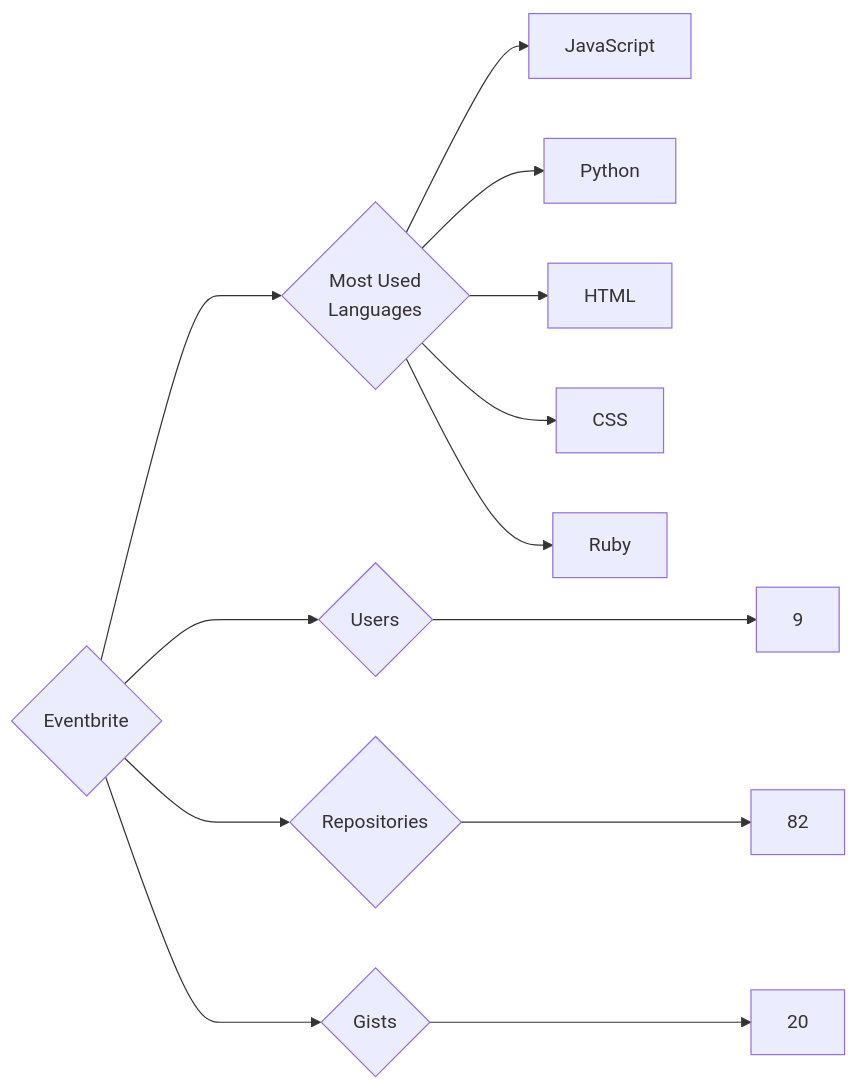
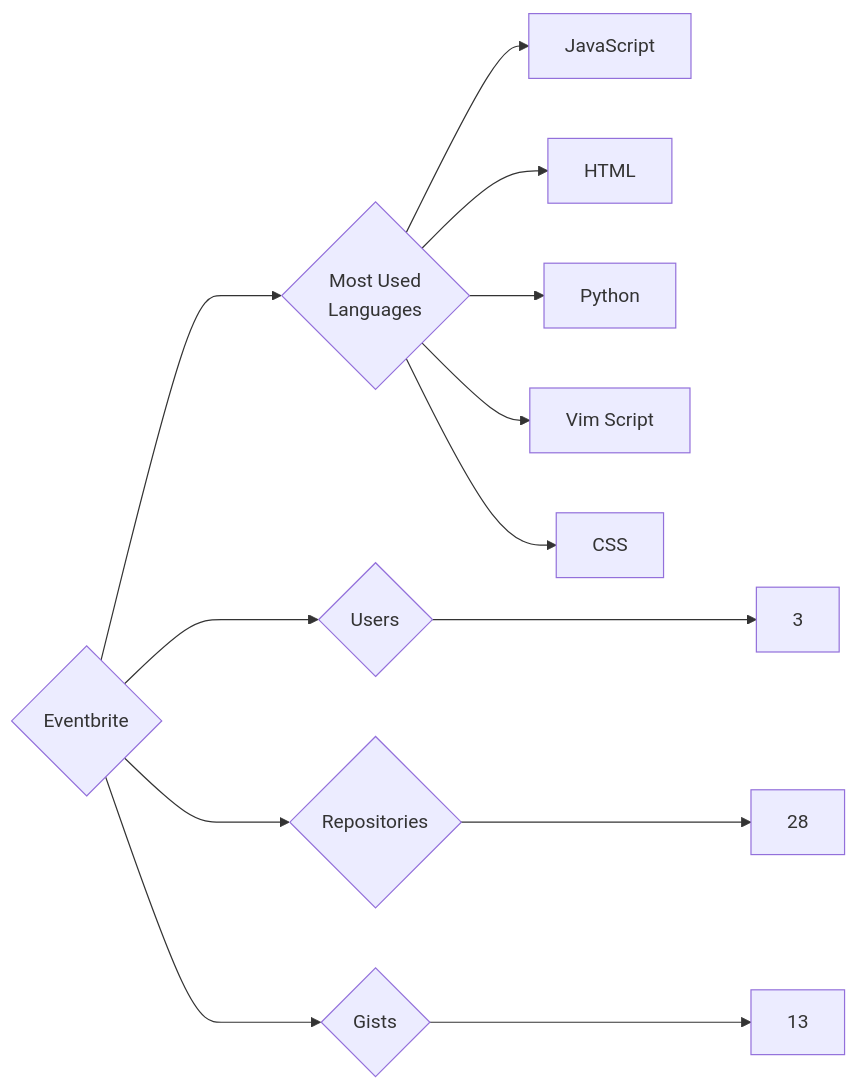
The diagram in targets/Eventbrite/README.md (trickest/insiders), drawn with Mermaid before and after one commit. The commit also changed 715 other files, not shown here.

````diff
--- a/targets/Eventbrite/README.md
+++ b/targets/Eventbrite/README.md
@@ -3,13 +3,13 @@
 ```mermaid
 graph LR
 COMPANY_NAME{Eventbrite}
-COMPANY_NAME ---> U{Users} ---> UN[9]
-COMPANY_NAME ---> R{Repositories} ---> RN[82]
-COMPANY_NAME ---> G{Gists} ---> GN[20]
+COMPANY_NAME ---> U{Users} ---> UN[3]
+COMPANY_NAME ---> R{Repositories} ---> RN[28]
+COMPANY_NAME ---> G{Gists} ---> GN[13]
 COMPANY_NAME ---> ML{Most Used<br>Languages}
 ML --> JavaScript[JavaScript]
+ML --> HTML[HTML]
 ML --> Python[Python]
-ML --> HTML[HTML]
+ML --> Vim_Script[Vim Script]
 ML --> CSS[CSS]
-ML --> Ruby[Ruby]
 ```
````
